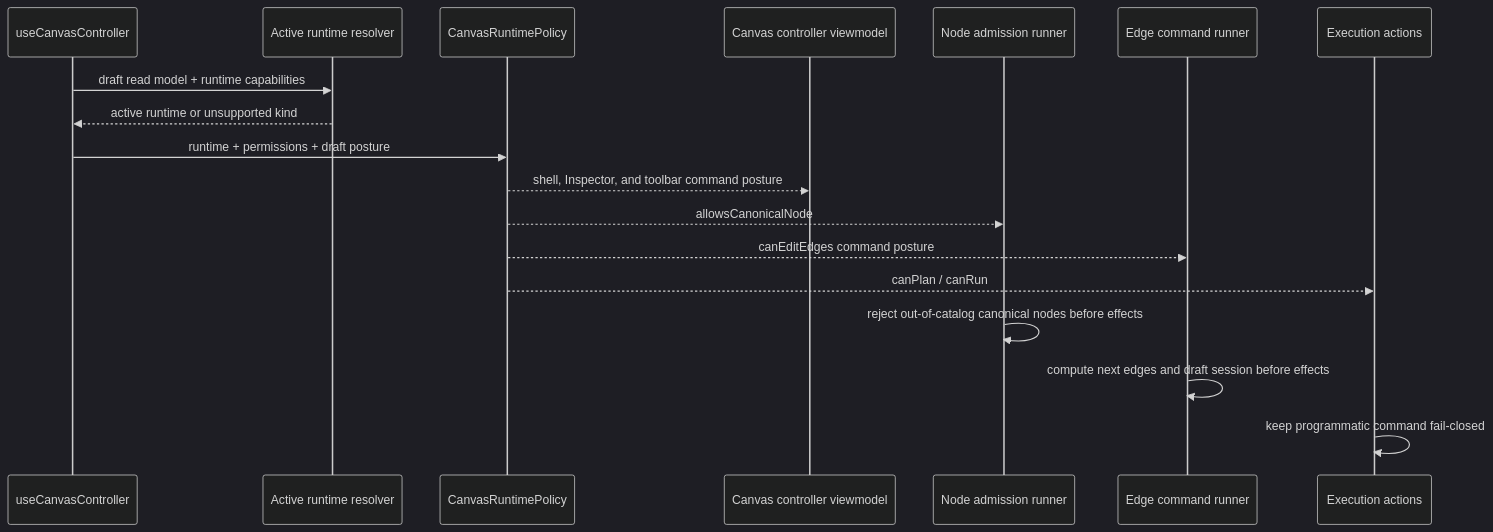
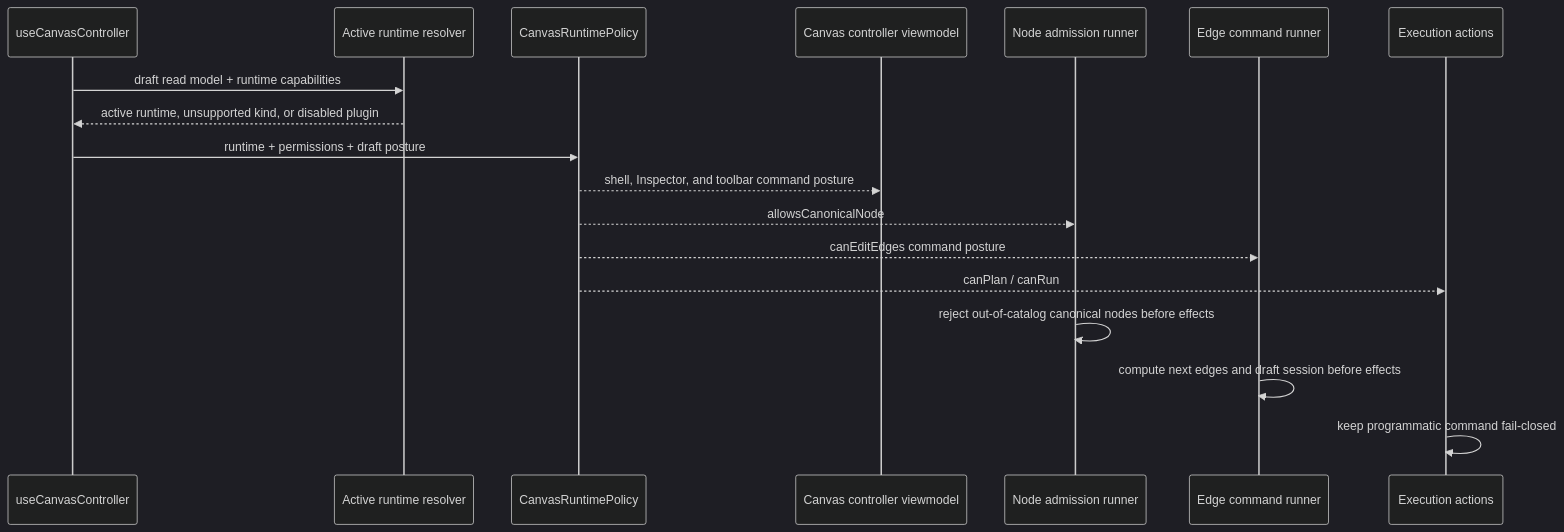
Before and after one commit to dunay2/dvt: the sixth of 8 diagrams in docs/architecture/components/web/graph/graph-frontend-architecture.md, drawn with Mermaid (dark theme). The commit also changed other lines of this file and 14 other files, not shown here.

````diff
--- a/docs/architecture/components/web/graph/graph-frontend-architecture.md
+++ b/docs/architecture/components/web/graph/graph-frontend-architecture.md
@@ -329,21 +340,21 @@
 ```mermaid
 sequenceDiagram
   participant Route as useCanvasController
   participant Runtime as Active runtime resolver
   participant Policy as CanvasRuntimePolicy
   participant VM as Canvas controller viewmodel
   participant Runner as Node admission runner
   participant EdgeRunner as Edge command runner
   participant Exec as Execution actions
 
   Route->>Runtime: draft read model + runtime capabilities
-  Runtime-->>Route: active runtime or unsupported kind
+  Runtime-->>Route: active runtime, unsupported kind, or disabled plugin
   Route->>Policy: runtime + permissions + draft posture
   Policy-->>VM: shell, Inspector, and toolbar command posture
   Policy-->>Runner: allowsCanonicalNode
   Policy-->>EdgeRunner: canEditEdges command posture
   Policy-->>Exec: canPlan / canRun
   Runner->>Runner: reject out-of-catalog canonical nodes before effects
   EdgeRunner->>EdgeRunner: compute next edges and draft session before effects
   Exec->>Exec: keep programmatic command fail-closed
 ```
````
